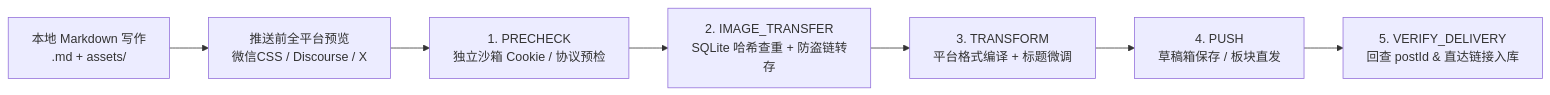
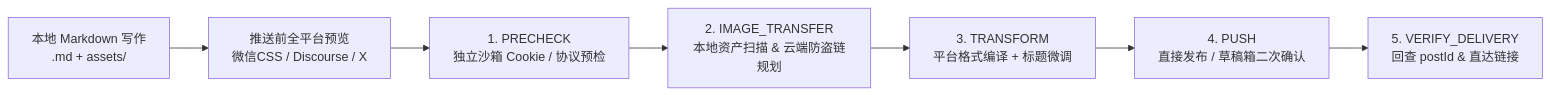
Before and after one commit to leileigwl/vmark: the diagram in README.md, drawn with Mermaid. The commit also changed other lines of this file and 5 other files, not shown here.

````diff
--- a/README.md
+++ b/README.md
@@ -59,9 +100,9 @@
 ```mermaid
 flowchart LR
     A["本地 Markdown 写作<br/>.md + assets/"] --> B["推送前全平台预览<br/>微信CSS / Discourse / X"]
     B --> C["1. PRECHECK<br/>独立沙箱 Cookie / 协议预检"]
-    C --> D["2. IMAGE_TRANSFER<br/>SQLite 哈希查重 + 防盗链转存"]
+    C --> D["2. IMAGE_TRANSFER<br/>本地资产扫描 & 云端防盗链规划"]
     D --> E["3. TRANSFORM<br/>平台格式编译 + 标题微调"]
-    E --> F["4. PUSH<br/>草稿箱保存 / 板块直发"]
-    F --> G["5. VERIFY_DELIVERY<br/>回查 postId & 直达链接入库"]
+    E --> F["4. PUSH<br/>直接发布 / 草稿箱二次确认"]
+    F --> G["5. VERIFY_DELIVERY<br/>回查 postId & 直达链接"]
 ```
````
